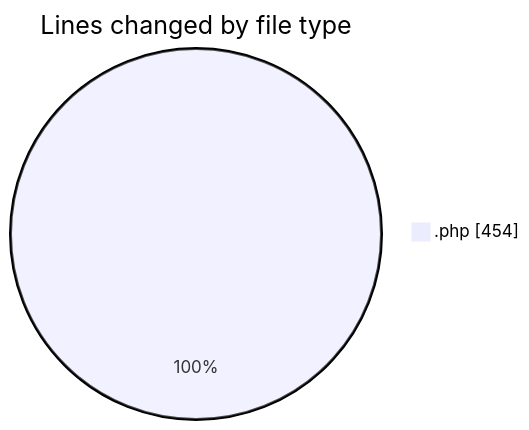
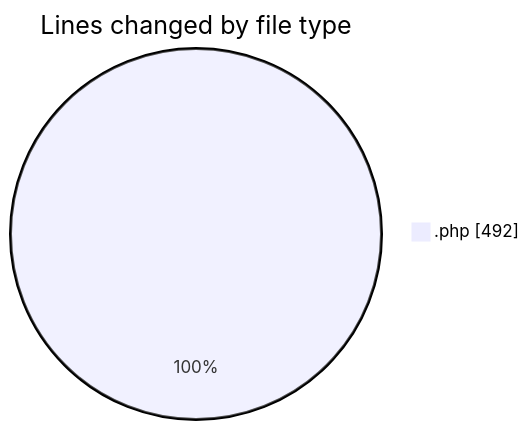
The first of 2 diagrams in 2026-08-25/jogo/README.md (LanceThiago/code-tracking), drawn with Mermaid before and after one commit. The commit also changed other lines of this file and 1 other file, not shown here.

````diff
--- a/2026-08-25/jogo/README.md
+++ b/2026-08-25/jogo/README.md
@@ -21,5 +21,5 @@
 ```mermaid
 pie showData
 title Lines changed by file type
-".php" : 454
+".php" : 492
 ```
````
